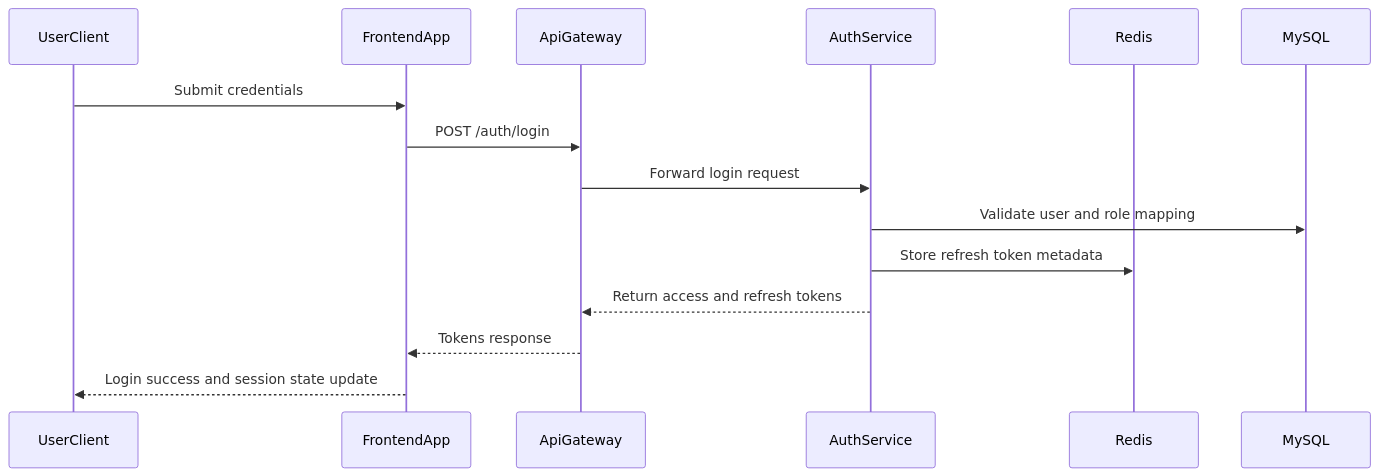
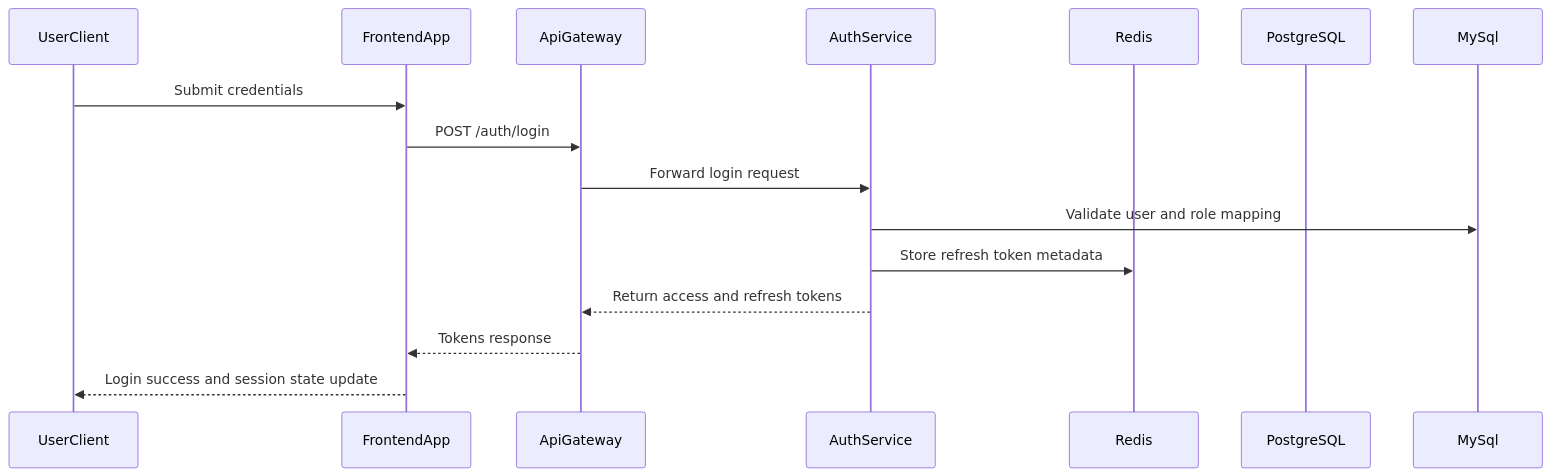
The third of 5 diagrams in docs/architecture/microservice-architecture-diagram.md (huylekha/SpringCRM), drawn with Mermaid before and after one commit. The commit also changed other lines of this file and 24 other files, not shown here.

````diff
--- a/docs/architecture/microservice-architecture-diagram.md
+++ b/docs/architecture/microservice-architecture-diagram.md
@@ -64,18 +64,18 @@
 ```mermaid
 sequenceDiagram
   participant UserClient as UserClient
   participant Frontend as FrontendApp
   participant Gateway as ApiGateway
   participant Auth as AuthService
   participant Redis as Redis
-  participant MySql as MySQL
+  participant Postgres as PostgreSQL
 
   UserClient->>Frontend: Submit credentials
   Frontend->>Gateway: POST /auth/login
   Gateway->>Auth: Forward login request
   Auth->>MySql: Validate user and role mapping
   Auth->>Redis: Store refresh token metadata
   Auth-->>Gateway: Return access and refresh tokens
   Gateway-->>Frontend: Tokens response
   Frontend-->>UserClient: Login success and session state update
 ```
````
